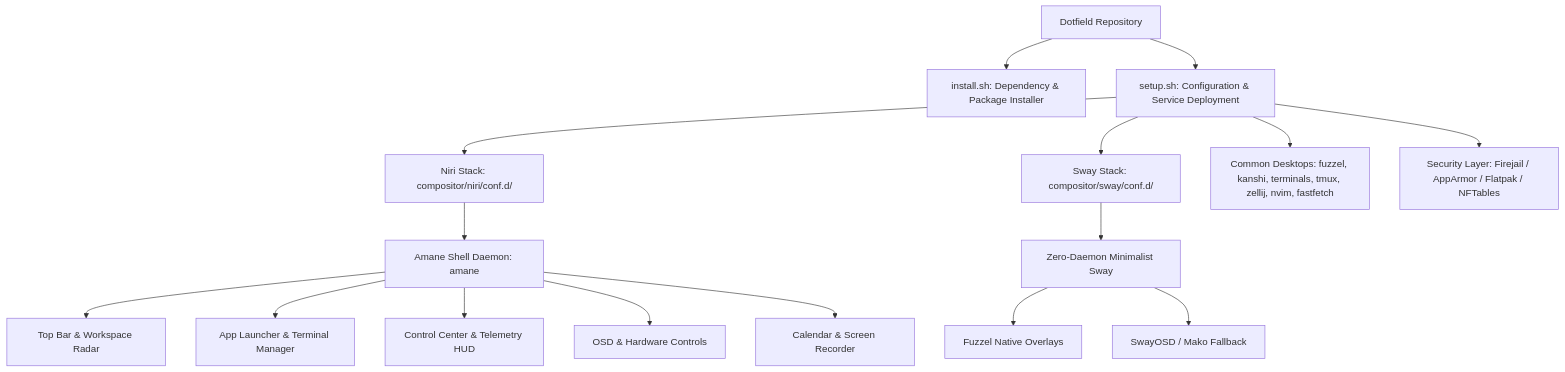
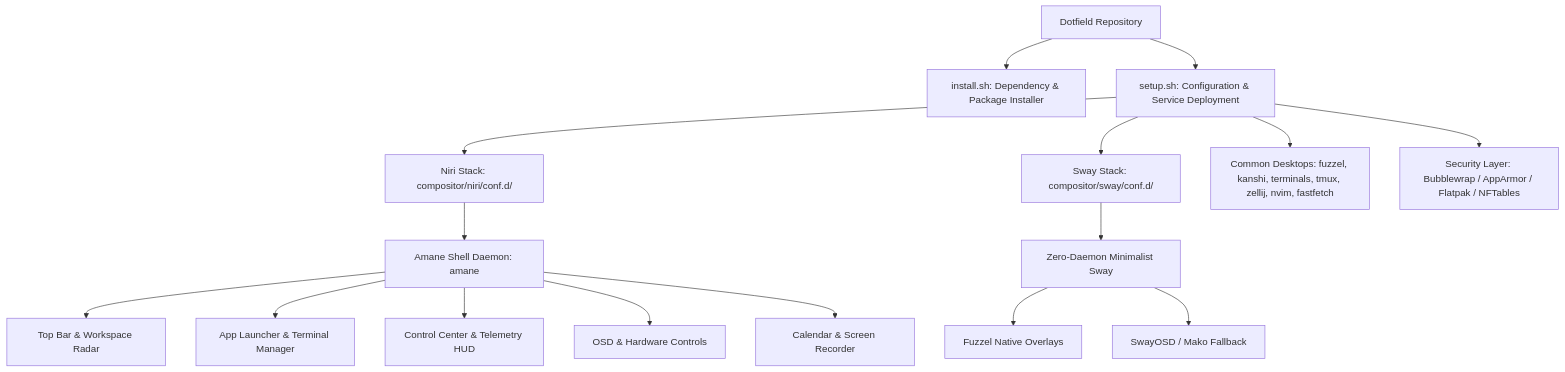
Before and after one commit to Hypokoto/dotfield: the diagram in docs/ARCHITECTURE.md, drawn with Mermaid. The commit also changed other lines of this file and 21 other files, not shown here.

First line of the commit message:
fix(security): enforce kernel verification, persist nftables, add fw-open, harden ci and amane runtime

````diff
--- a/docs/ARCHITECTURE.md
+++ b/docs/ARCHITECTURE.md
@@ -12,22 +12,22 @@
 ```mermaid
 flowchart TD
     A[Dotfield Repository] --> B[install.sh: Dependency & Package Installer]
     A --> C[setup.sh: Configuration & Service Deployment]
 
     C --> D1[Niri Stack: compositor/niri/conf.d/]
     C --> D2[Sway Stack: compositor/sway/conf.d/]
     C --> D3[Common Desktops: fuzzel, kanshi, terminals, tmux, zellij, nvim, fastfetch]
 
     D1 --> E1[Amane Shell Daemon: amane]
     E1 --> F1[Top Bar & Workspace Radar]
     E1 --> F2[App Launcher & Terminal Manager]
     E1 --> F3[Control Center & Telemetry HUD]
     E1 --> F4[OSD & Hardware Controls]
     E1 --> F5[Calendar & Screen Recorder]
 
     D2 --> G1[Zero-Daemon Minimalist Sway]
     G1 --> G2[Fuzzel Native Overlays]
     G1 --> G3[SwayOSD / Mako Fallback]
 
-    C --> H[Security Layer: Firejail / AppArmor / Flatpak / NFTables]
+    C --> H[Security Layer: Bubblewrap / AppArmor / Flatpak / NFTables]
 ```
````
